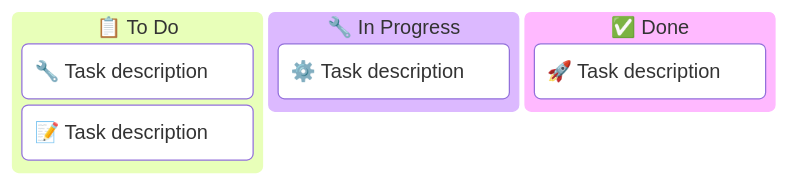
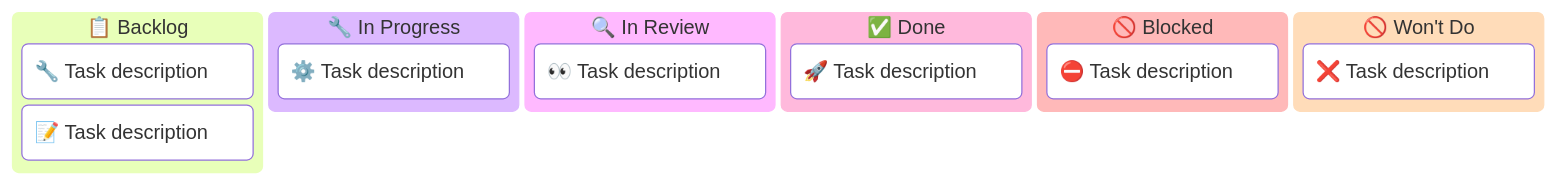
Before and after one commit to SuperiorByteWorks-LLC/ag-skills-demo: the second of 3 diagrams in docs/agentic/mermaid_diagrams/kanban.md, drawn with Mermaid. The commit also changed other lines of this file and 1 other file, not shown here.

````diff
--- a/docs/agentic/mermaid_diagrams/kanban.md
+++ b/docs/agentic/mermaid_diagrams/kanban.md
@@ -54,12 +56,21 @@
 ```mermaid
 kanban
-    col1["📋 To Do"]
+    col1["📋 Backlog"]
         item1["🔧 Task description"]
         item2["📝 Task description"]
 
     col2["🔧 In Progress"]
         item3["⚙️ Task description"]
 
-    col3["✅ Done"]
-        item4["🚀 Task description"]
+    col3["🔍 In Review"]
+        item4["👀 Task description"]
+
+    col4["✅ Done"]
+        item5["🚀 Task description"]
+
+    col5["🚫 Blocked"]
+        item6["⛔ Task description"]
+
+    col6["🚫 Won't Do"]
+        item7["❌ Task description"]
 ```
````
